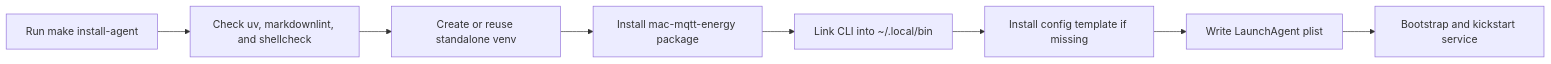
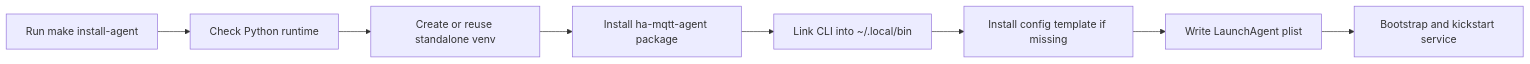
The second of 4 diagrams in README.md (marcomc/ha-mqtt-agent), drawn with Mermaid before and after one commit. The commit also changed other lines of this file and 23 other files, not shown here.

First line of the commit message:
Rename project from mac-mqtt-energy to ha-mqtt-agent and refactor related components

````diff
--- a/README.md
+++ b/README.md
@@ -118,12 +119,12 @@
 ```mermaid
 flowchart LR
   accTitle: Installation workflow
   accDescr: Shows how make install-agent installs the runtime and service.
-  start["Run make install-agent"] --> deps["Check uv, markdownlint, and shellcheck"]
+  start["Run make install-agent"] --> deps["Check Python runtime"]
   deps --> venv["Create or reuse standalone venv"]
-  venv --> package["Install mac-mqtt-energy package"]
+  venv --> package["Install ha-mqtt-agent package"]
   package --> link["Link CLI into ~/.local/bin"]
   link --> config["Install config template if missing"]
   config --> agent["Write LaunchAgent plist"]
   agent --> launch["Bootstrap and kickstart service"]
 ```
````
